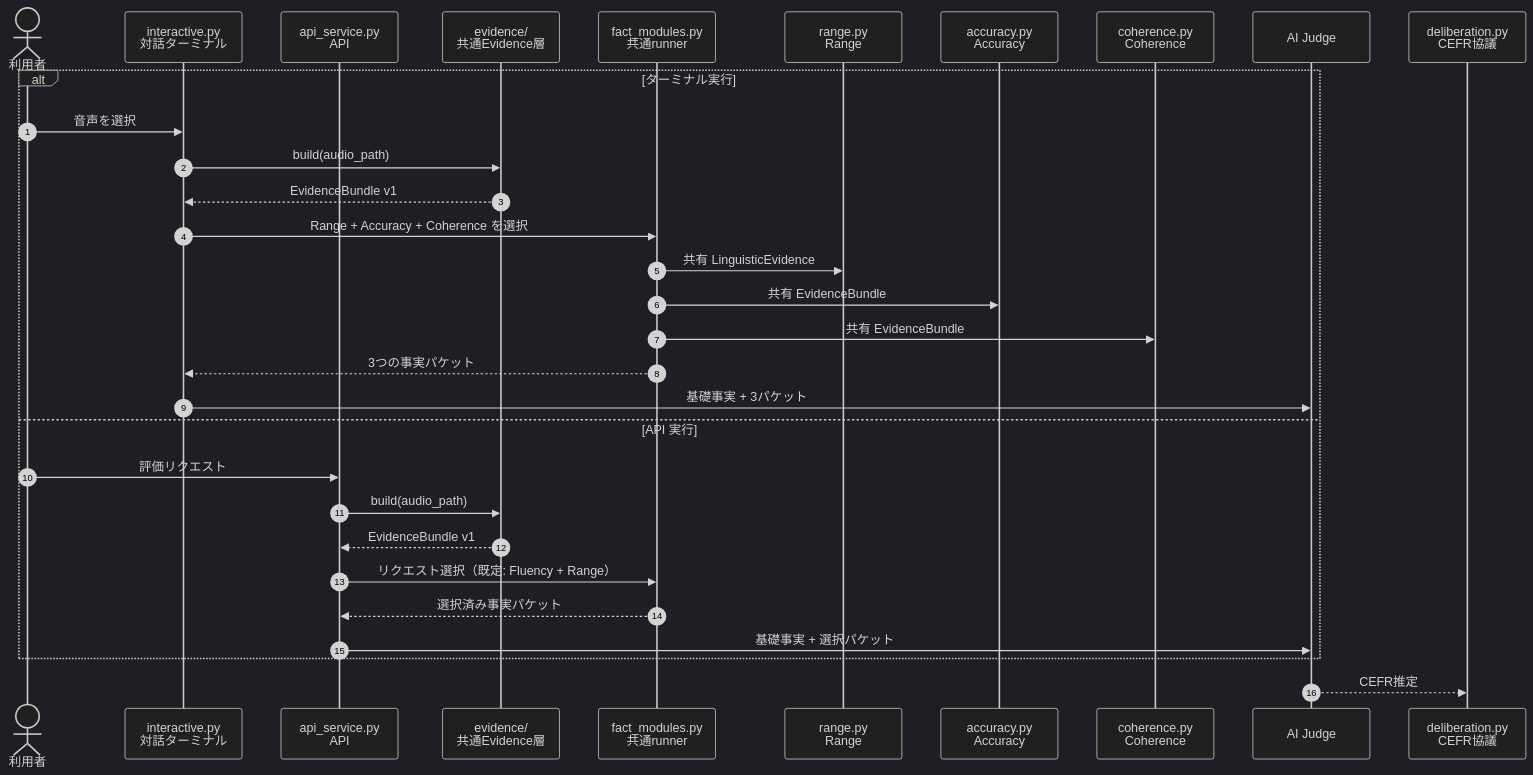
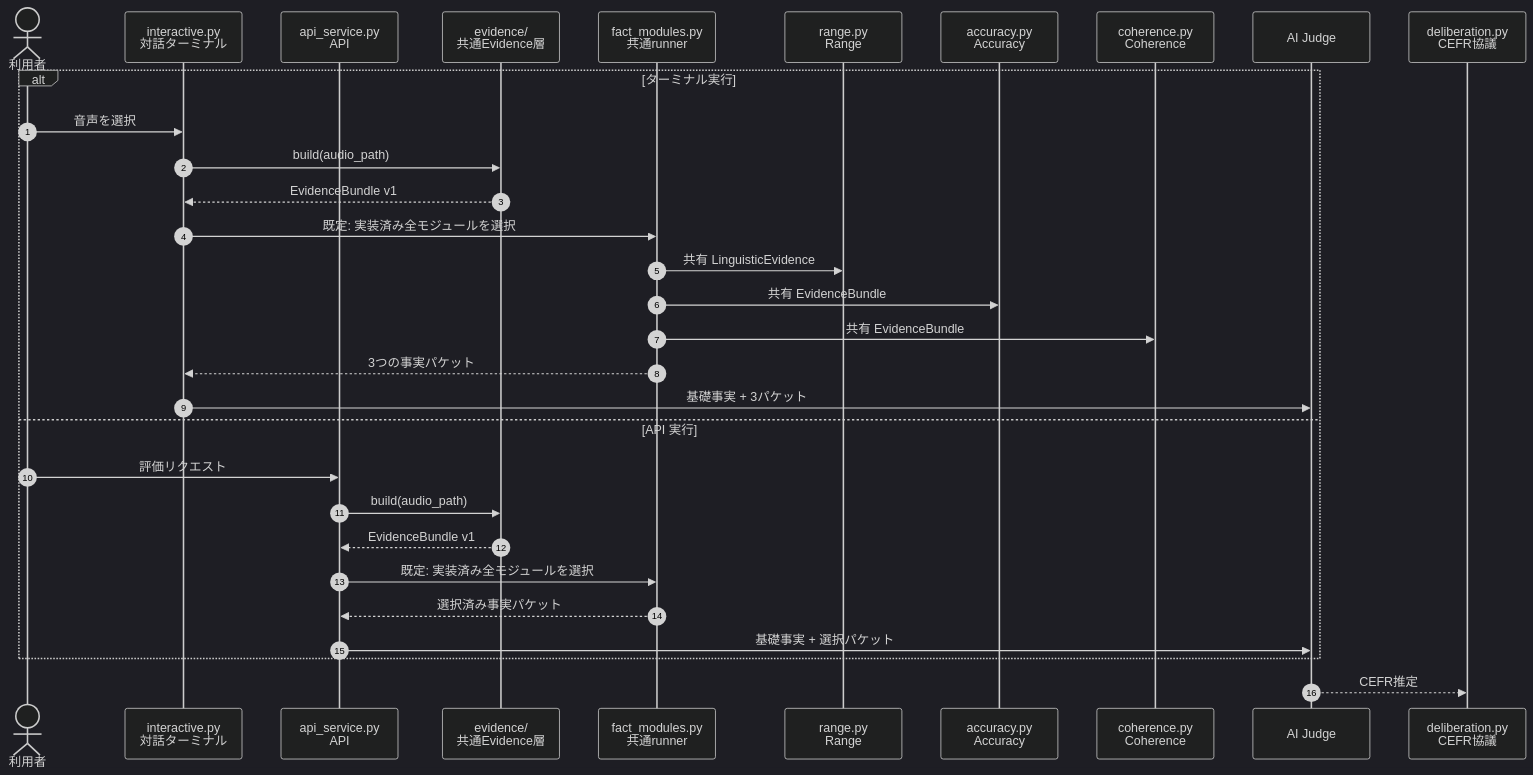
Before and after one commit to nanonigit/japanese-speech-analysis: the diagram in docs/current-fact-module-architecture.md, drawn with Mermaid (dark theme). The commit also changed other lines of this file and 14 other files, not shown here.

````diff
--- a/docs/current-fact-module-architecture.md
+++ b/docs/current-fact-module-architecture.md
@@ -5,34 +5,34 @@
 ```mermaid
 sequenceDiagram
     autonumber
     actor User as 利用者
     participant Console as interactive.py<br/>対話ターミナル
     participant API as api_service.py<br/>API
     participant Evidence as evidence/<br/>共通Evidence層
     participant Runner as fact_modules.py<br/>共通runner
     participant Range as range.py<br/>Range
     participant Accuracy as accuracy.py<br/>Accuracy
     participant Coherence as coherence.py<br/>Coherence
     participant Judge as AI Judge
     participant Delib as deliberation.py<br/>CEFR協議
 
     alt ターミナル実行
         User->>Console: 音声を選択
         Console->>Evidence: build(audio_path)
         Evidence-->>Console: EvidenceBundle v1
-        Console->>Runner: Range + Accuracy + Coherence を選択
+        Console->>Runner: 既定: 実装済み全モジュールを選択
         Runner->>Range: 共有 LinguisticEvidence
         Runner->>Accuracy: 共有 EvidenceBundle
         Runner->>Coherence: 共有 EvidenceBundle
         Runner-->>Console: 3つの事実パケット
         Console->>Judge: 基礎事実 + 3パケット
     else API 実行
         User->>API: 評価リクエスト
         API->>Evidence: build(audio_path)
         Evidence-->>API: EvidenceBundle v1
-        API->>Runner: リクエスト選択（既定: Fluency + Range）
+        API->>Runner: 既定: 実装済み全モジュールを選択
         Runner-->>API: 選択済み事実パケット
         API->>Judge: 基礎事実 + 選択パケット
     end
     Judge-->>Delib: CEFR推定
 ```
````
